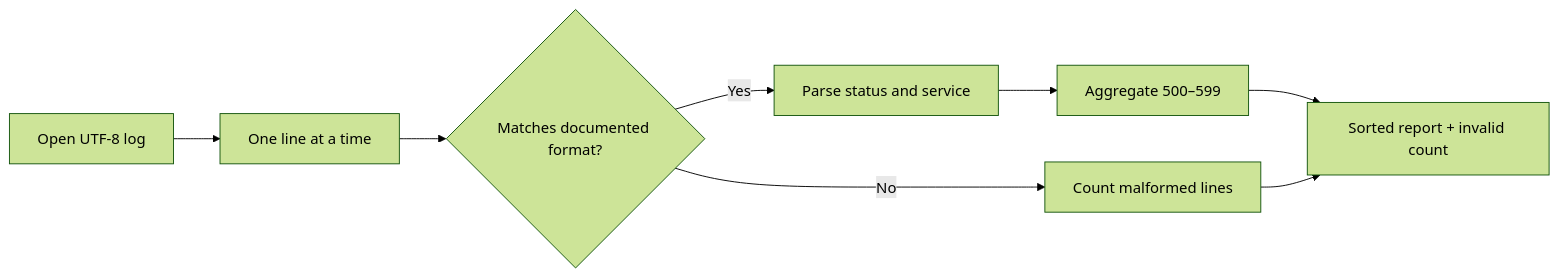
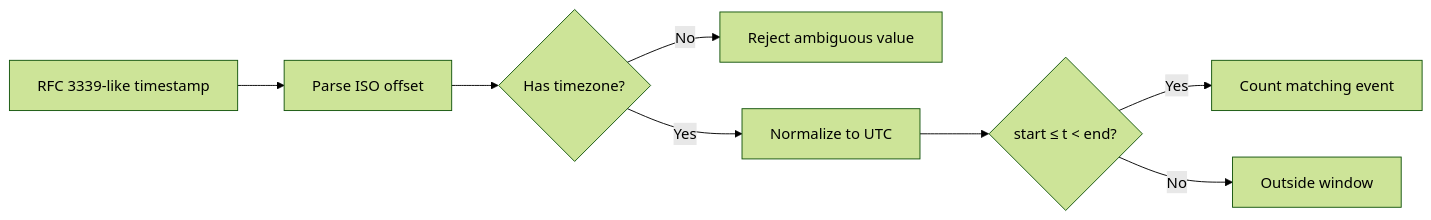
One commit to EdwinPhilip/edwinphilip.github.io changed the first of 2 diagrams in docs/guides/python-automation/q3.md. Above: the diagram before and after it, drawn with Mermaid (forest theme). The commit also changed other lines of this file, not shown here.

````diff
--- a/docs/guides/python-automation/q3.md
+++ b/docs/guides/python-automation/q3.md
@@ -18,10 +15,10 @@
 ```mermaid
 flowchart LR
- F["Open UTF-8 log"] --> LINE["One line at a time"]
- LINE --> MATCH{"Matches documented format?"}
- MATCH -->|No| BAD["Count malformed lines"]
- MATCH -->|Yes| VALID["Parse status and service"]
- VALID --> COUNT["Aggregate 500–599"]
- COUNT --> REPORT["Sorted report + invalid count"]
- BAD --> REPORT
+ RAW["RFC 3339-like timestamp"] --> PARSE["Parse ISO offset"]
+ PARSE --> AWARE{"Has timezone?"}
+ AWARE -->|No| REJECT["Reject ambiguous value"]
+ AWARE -->|Yes| UTC["Normalize to UTC"]
+ UTC --> WINDOW{"start ≤ t < end?"}
+ WINDOW -->|Yes| COUNT["Count matching event"]
+ WINDOW -->|No| SKIP["Outside window"]
 ```
````
